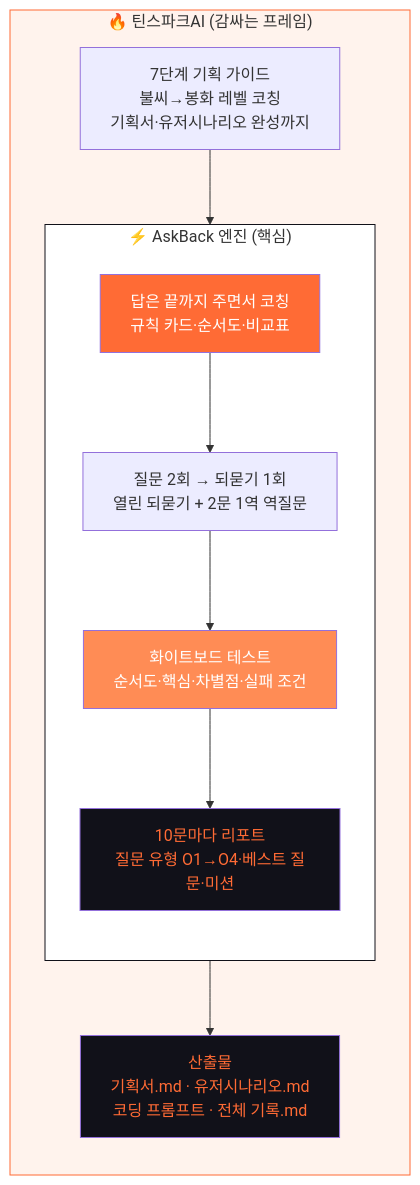
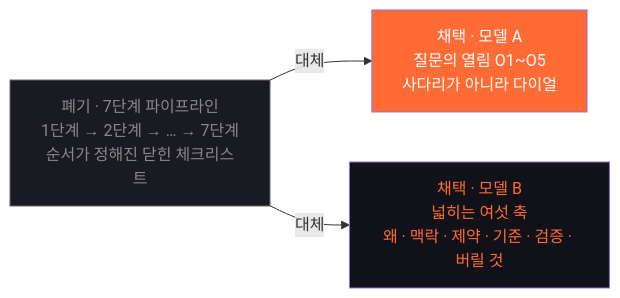
Before and after one commit to Collegenie-X/askback: the first of 15 diagrams in 틴스파크AI_기획문서.md, drawn with Mermaid. The commit also changed other lines of this file and 23 other files, not shown here.

````diff
--- a/틴스파크AI_기획문서.md
+++ b/틴스파크AI_기획문서.md
@@ -10,27 +23,11 @@
 ```mermaid
-flowchart TD
-  subgraph 틴스파크AI["🔥 틴스파크AI (감싸는 프레임)"]
-    direction TB
-    GUIDE["7단계 기획 가이드<br/>불씨→봉화 레벨 코칭<br/>기획서·유저시나리오 완성까지"]
-    
-    subgraph AskBack["⚡ AskBack 엔진 (핵심)"]
-      direction TB
-      ANS["답은 끝까지 주면서 코칭<br/>규칙 카드·순서도·비교표"]
-      LOOP["질문 2회 → 되묻기 1회<br/>열린 되묻기 + 2문 1역 역질문"]
-      WB["화이트보드 테스트<br/>순서도·핵심·차별점·실패 조건"]
-      RPT["10문마다 리포트<br/>질문 유형 O1→O4·베스트 질문·미션"]
-      ANS --> LOOP --> WB --> RPT
-    end
-    
-    MD["산출물<br/>기획서.md · 유저시나리오.md<br/>코딩 프롬프트 · 전체 기록.md"]
-    
-    GUIDE --> AskBack --> MD
-  end
-
-  style 틴스파크AI fill:#FFF3ED,stroke:#FF6B35
-  style AskBack fill:#fff,stroke:#111119
-  style ANS fill:#FF6B35,color:#fff
-  style WB fill:#FF8C55,color:#fff
-  style RPT fill:#111119,color:#FF6B35
-  style MD fill:#111119,color:#FF6B35
+flowchart LR
+  OLD["폐기 · 7단계 파이프라인<br/>1단계 → 2단계 → … → 7단계<br/>순서가 정해진 닫힌 체크리스트"]
+  A["채택 · 모델 A<br/>질문의 열림 O1~O5<br/>사다리가 아니라 다이얼"]
+  B["채택 · 모델 B<br/>넓히는 여섯 축<br/>왜 · 맥락 · 제약 · 기준 · 검증 · 버릴 것"]
+  OLD -->|대체| A
+  OLD -->|대체| B
+  style OLD fill:#1a1a22,stroke:#666666,color:#888888
+  style A fill:#FF6B35,color:#ffffff
+  style B fill:#111119,color:#FF6B35
 ```
````
